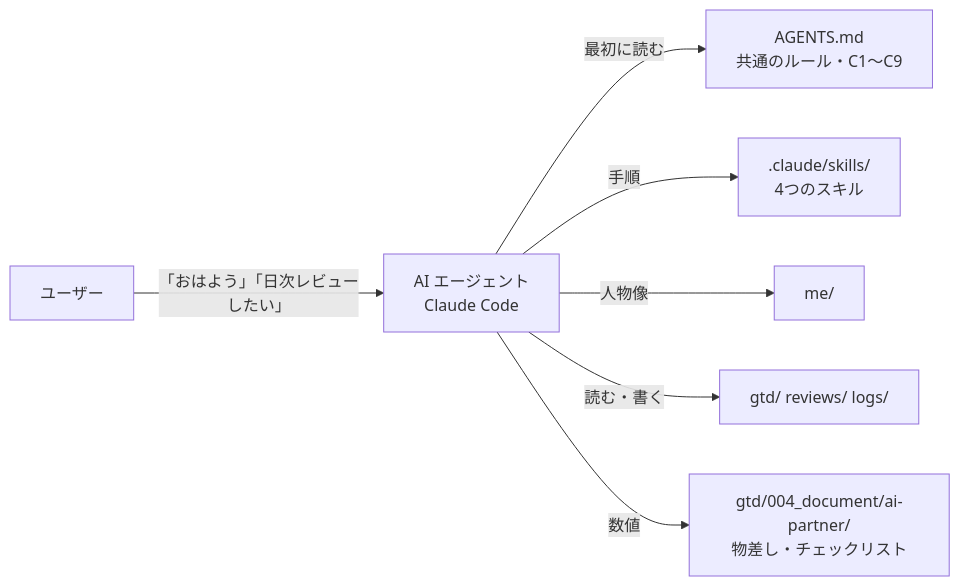
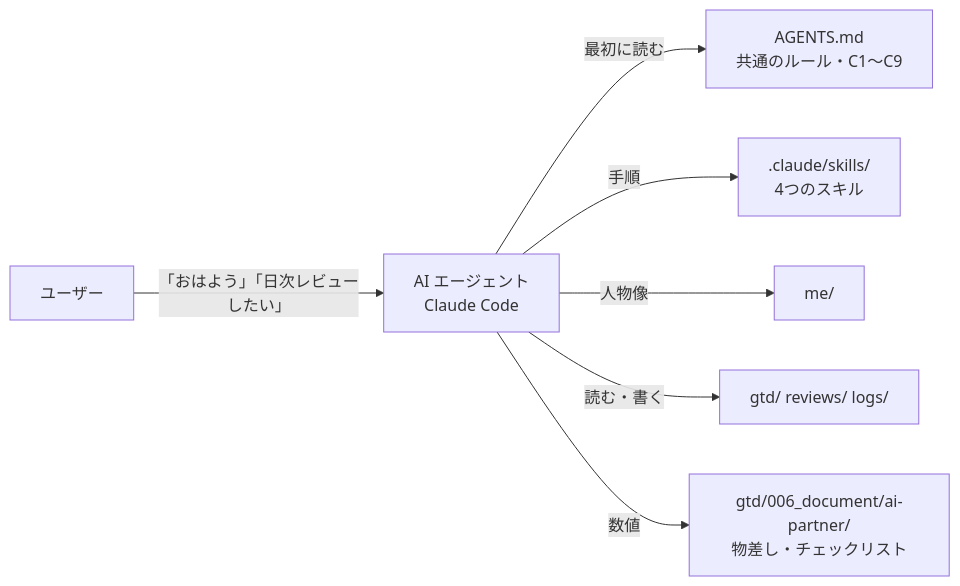
Before and after one commit to ksip9012/gtd-ai-partner: the diagram in README.md, drawn with Mermaid. The commit also changed other lines of this file and 27 other files, not shown here.

````diff
--- a/README.md
+++ b/README.md
@@ -63,9 +63,9 @@
 ```mermaid
 flowchart LR
   U[ユーザー] -- 「おはよう」「日次レビューしたい」 --> A[AI エージェント<br>Claude Code]
   A -- 最初に読む --> G[AGENTS.md<br>共通のルール・C1〜C9]
   A -- 手順 --> S[.claude/skills/<br>4つのスキル]
   A -- 人物像 --> M[me/]
   A -- 読む・書く --> W[gtd/ reviews/ logs/]
-  A -- 数値 --> R[gtd/004_document/ai-partner/<br>物差し・チェックリスト]
+  A -- 数値 --> R[gtd/006_document/ai-partner/<br>物差し・チェックリスト]
 ```
````
